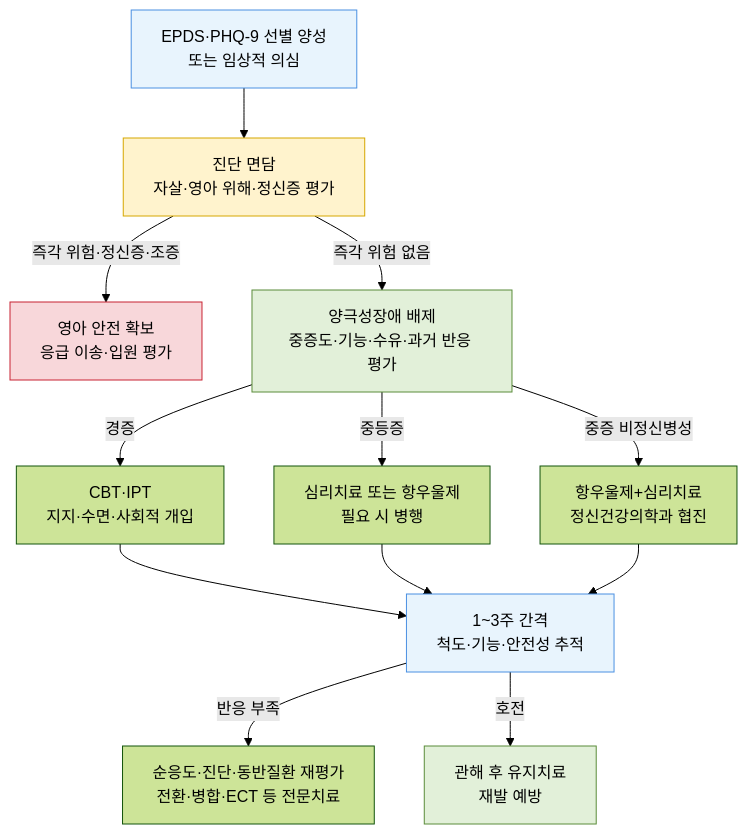
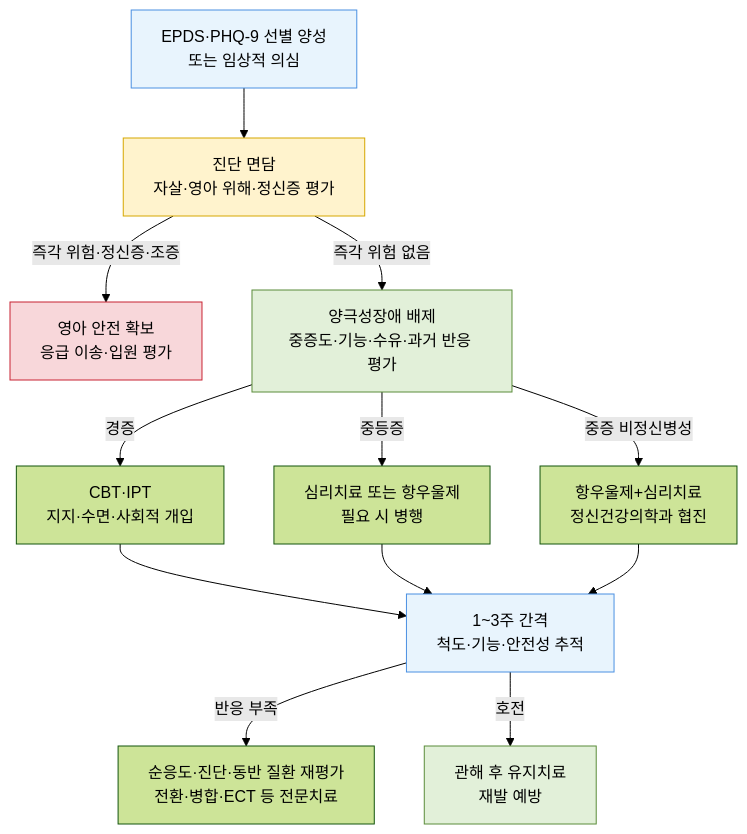
Before and after one commit to familyoh77/familyoh77: the diagram in 221_/028_-postpartum-depression.md, drawn with Mermaid (forest theme). The commit also changed other lines of this file and 14 other files, not shown here.

````diff
--- a/221_/028_-postpartum-depression.md
+++ b/221_/028_-postpartum-depression.md
@@ -181,20 +181,20 @@
 ```mermaid
 flowchart TD
     A["EPDS·PHQ-9 선별 양성<br/>또는 임상적 의심"] --> B["진단 면담<br/>자살·영아 위해·정신증 평가"]
     B -->|"즉각 위험·정신증·조증"| C["영아 안전 확보<br/>응급 이송·입원 평가"]
     B -->|"즉각 위험 없음"| D["양극성장애 배제<br/>중증도·기능·수유·과거 반응 평가"]
     D -->|"경증"| E["CBT·IPT<br/>지지·수면·사회적 개입"]
     D -->|"중등증"| F["심리치료 또는 항우울제<br/>필요 시 병행"]
     D -->|"중증 비정신병성"| G["항우울제+심리치료<br/>정신건강의학과 협진"]
     E --> H["1~3주 간격<br/>척도·기능·안전성 추적"]
     F --> H
     G --> H
-    H -->|"반응 부족"| I["순응도·진단·동반질환 재평가<br/>전환·병합·ECT 등 전문치료"]
+    H -->|"반응 부족"| I["순응도·진단·동반 질환 재평가<br/>전환·병합·ECT 등 전문치료"]
     H -->|"호전"| J["관해 후 유지치료<br/>재발 예방"]
     style A fill:#E8F4FD,stroke:#4A90E2
     style B fill:#FFF3CD,stroke:#D6A700
     style C fill:#F8D7DA,stroke:#C82333
     style D fill:#E2F0D9,stroke:#5B8C3A
     style H fill:#E8F4FD,stroke:#4A90E2
     style J fill:#E2F0D9,stroke:#5B8C3A
 ```
````
